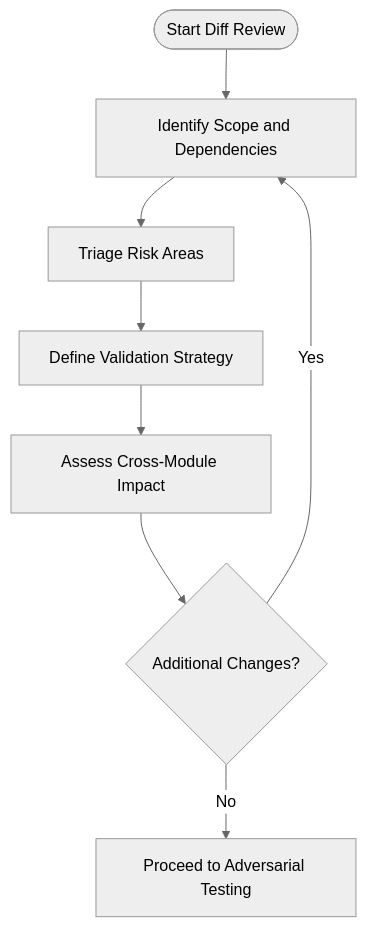
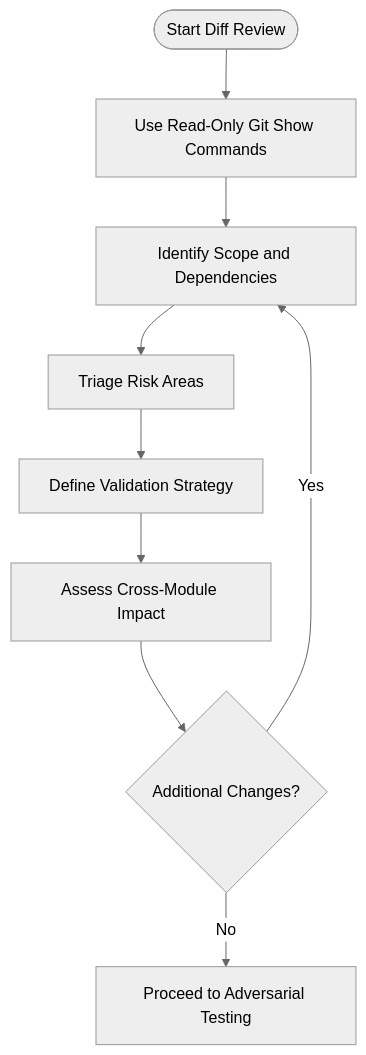
One commit to Sherlock-Shi/pi-codex-kit changed the third of 8 diagrams in .qoder/repowiki/en/content/Skills Reference/Code Review Skills/Differential Review Skill.md. Above: the diagram before and after it, drawn with Mermaid (neutral theme). The commit also changed other lines of this file and 47 other files, not shown here.

````diff
--- a/.qoder/repowiki/en/content/Skills Reference/Code Review Skills/Differential Review Skill.md
+++ b/.qoder/repowiki/en/content/Skills Reference/Code Review Skills/Differential Review Skill.md
@@ -129,10 +138,11 @@
 ```mermaid
 flowchart TD
-Start(["Start Diff Review"]) --> Scope["Identify Scope and Dependencies"]
+Start(["Start Diff Review"]) --> SafeOps["Use Read-Only Git Show Commands"]
+SafeOps --> Scope["Identify Scope and Dependencies"]
 Scope --> Triage["Triage Risk Areas"]
 Triage --> Validate["Define Validation Strategy"]
 Validate --> Assess["Assess Cross-Module Impact"]
 Assess --> Iterate{"Additional Changes?"}
 Iterate --> |Yes| Scope
 Iterate --> |No| Proceed["Proceed to Adversarial Testing"]
 ```
````
